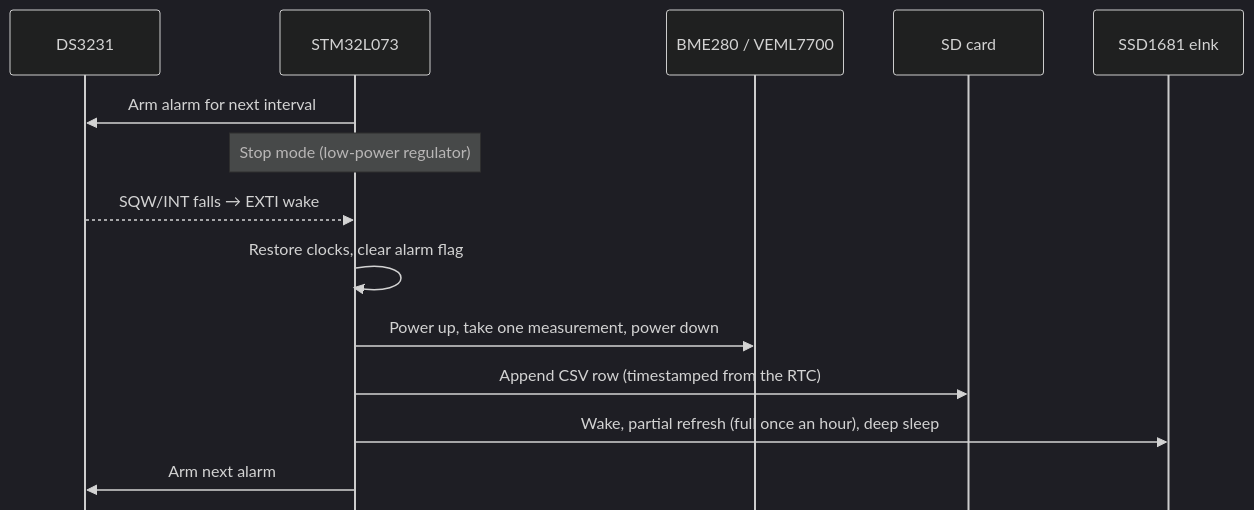
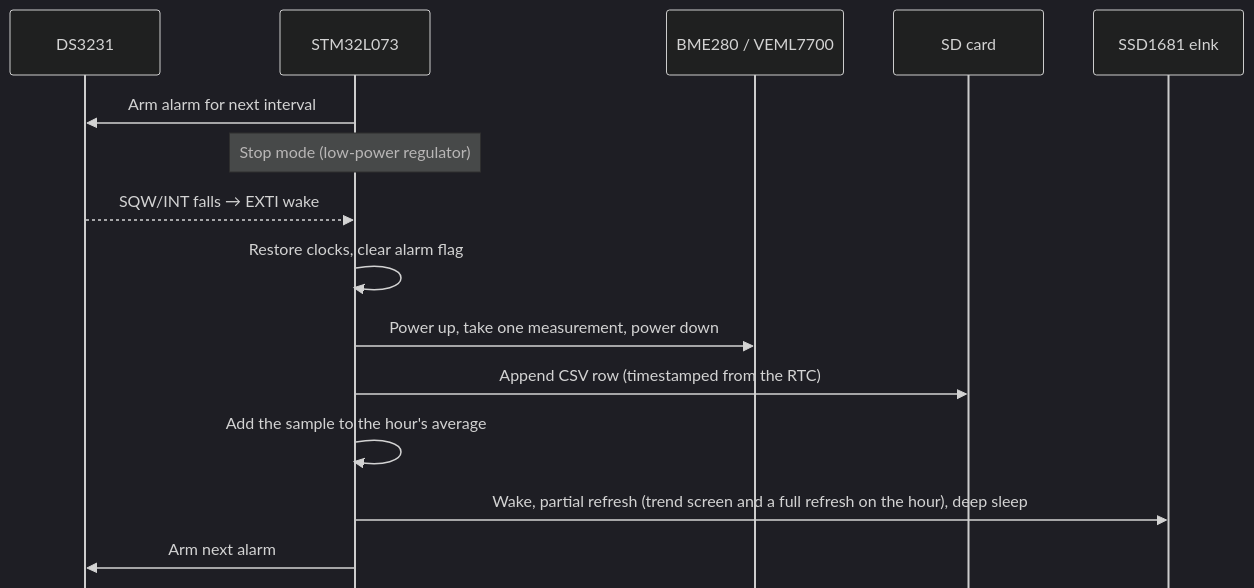
One commit to joe-eldridge/stm32_cpp_environment_monitor changed the diagram in README.md. Above: the diagram before and after it, drawn with Mermaid (dark theme). The commit also changed other lines of this file and 12 other files, not shown here.

Commit message:
Add trend screen plotting a day of hourly averages

````diff
--- a/README.md
+++ b/README.md
@@ -38,17 +38,18 @@
 ```mermaid
 %%{init: {"sequence": {"mirrorActors": false}}}%%
 sequenceDiagram
     participant RTC as DS3231
     participant MCU as STM32L073
     participant S as BME280 / VEML7700
     participant SD as SD card
     participant EPD as SSD1681 eInk
     MCU->>RTC: Arm alarm for next interval
     Note over MCU: Stop mode (low-power regulator)
     RTC-->>MCU: SQW/INT falls → EXTI wake
     MCU->>MCU: Restore clocks, clear alarm flag
     MCU->>S: Power up, take one measurement, power down
     MCU->>SD: Append CSV row (timestamped from the RTC)
-    MCU->>EPD: Wake, partial refresh (full once an hour), deep sleep
+    MCU->>MCU: Add the sample to the hour's average
+    MCU->>EPD: Wake, partial refresh (trend screen and a full refresh on the hour), deep sleep
     MCU->>RTC: Arm next alarm
 ```
````
